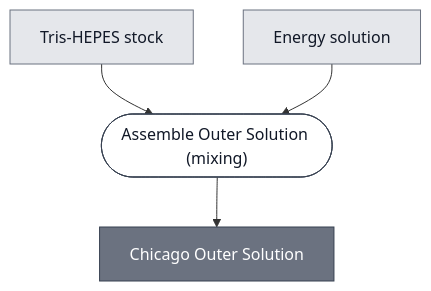
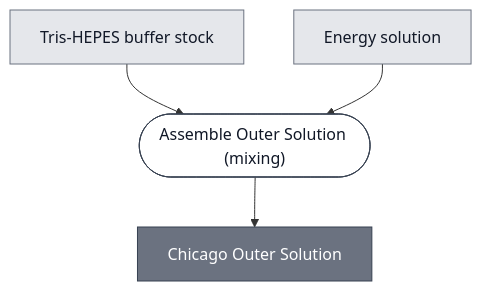
The diagram in docs/modules/outer-solution-chicago/spec.md (nucleus-eng/nucleus-docs), drawn with Mermaid before and after one commit. The commit also changed 15 other files, not shown here.

````diff
--- a/docs/modules/outer-solution-chicago/spec.md
+++ b/docs/modules/outer-solution-chicago/spec.md
@@ -37,23 +37,23 @@
 ```mermaid
 flowchart TD
-    TRIS_HEPES_STOCK["Tris-HEPES stock"]
+    TRIS_HEPES_STOCK["Tris-HEPES buffer stock"]
     ENERGY_SOLUTION["Energy solution"]
 
     P1_ASSEMBLE_OUTER_SOLUTION_0(["Assemble Outer Solution (mixing)"])
     OUTER_SOLUTION_CHICAGO["Chicago Outer Solution"]
 
     TRIS_HEPES_STOCK --> P1_ASSEMBLE_OUTER_SOLUTION_0
     ENERGY_SOLUTION --> P1_ASSEMBLE_OUTER_SOLUTION_0
     P1_ASSEMBLE_OUTER_SOLUTION_0 --> OUTER_SOLUTION_CHICAGO
 
 
     classDef leaf     fill:#e5e7eb,stroke:#6b7280,color:#111827;
     classDef composed fill:#6b7280,stroke:#374151,color:#ffffff;
     classDef process  fill:#ffffff,stroke:#374151,color:#111827;
     class TRIS_HEPES_STOCK,ENERGY_SOLUTION leaf;
     class OUTER_SOLUTION_CHICAGO composed;
     class P1_ASSEMBLE_OUTER_SOLUTION_0 process;
 
     click P1_ASSEMBLE_OUTER_SOLUTION_0 "/docs/processes/assemble-outer-solution/main"
     click OUTER_SOLUTION_CHICAGO "/docs/modules/outer-solution-chicago/spec"
 ```
````
